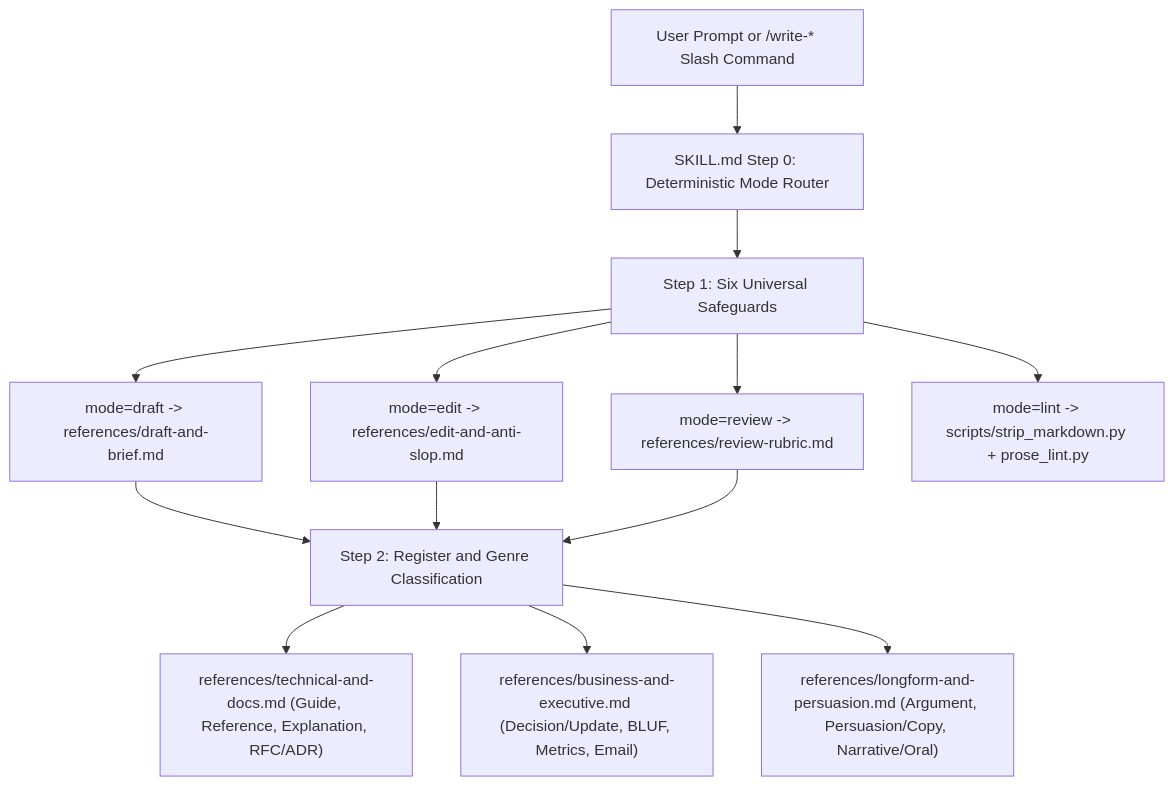
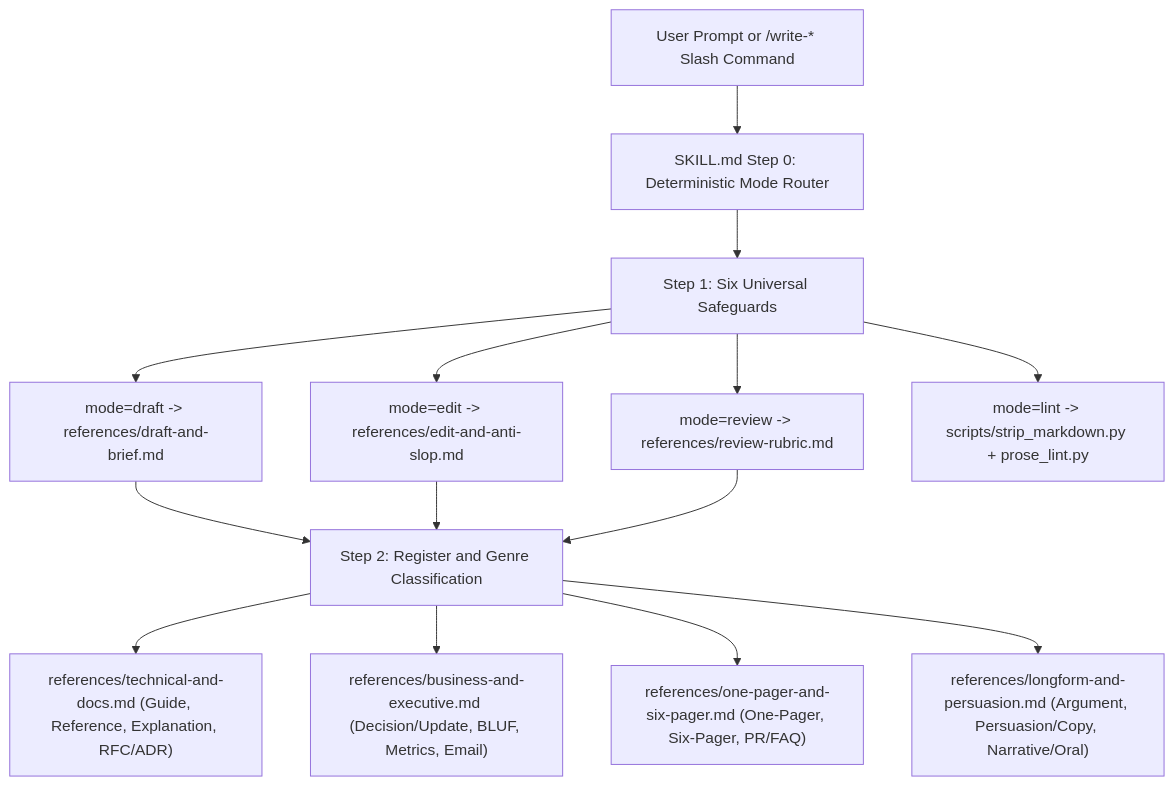
One commit to tkdtaylor/writing changed the diagram in README.md. Above: the diagram before and after it, drawn with Mermaid. The commit also changed other lines of this file and 11 other files, not shown here.

````diff
--- a/README.md
+++ b/README.md
@@ -22,15 +22,16 @@
 ```mermaid
 flowchart TD
     Input["User Prompt or /write-* Slash Command"] --> Step0["SKILL.md Step 0: Deterministic Mode Router"]
     Step0 --> Safeguards["Step 1: Six Universal Safeguards"]
     Safeguards --> Draft["mode=draft -> references/draft-and-brief.md"]
     Safeguards --> Edit["mode=edit -> references/edit-and-anti-slop.md"]
     Safeguards --> Review["mode=review -> references/review-rubric.md"]
     Safeguards --> Lint["mode=lint -> scripts/strip_markdown.py + prose_lint.py"]
     Draft --> Register["Step 2: Register and Genre Classification"]
     Edit --> Register
     Review --> Register
     Register --> Tech["references/technical-and-docs.md (Guide, Reference, Explanation, RFC/ADR)"]
     Register --> Biz["references/business-and-executive.md (Decision/Update, BLUF, Metrics, Email)"]
+    Register --> Memo["references/one-pager-and-six-pager.md (One-Pager, Six-Pager, PR/FAQ)"]
     Register --> Long["references/longform-and-persuasion.md (Argument, Persuasion/Copy, Narrative/Oral)"]
 ```
````
